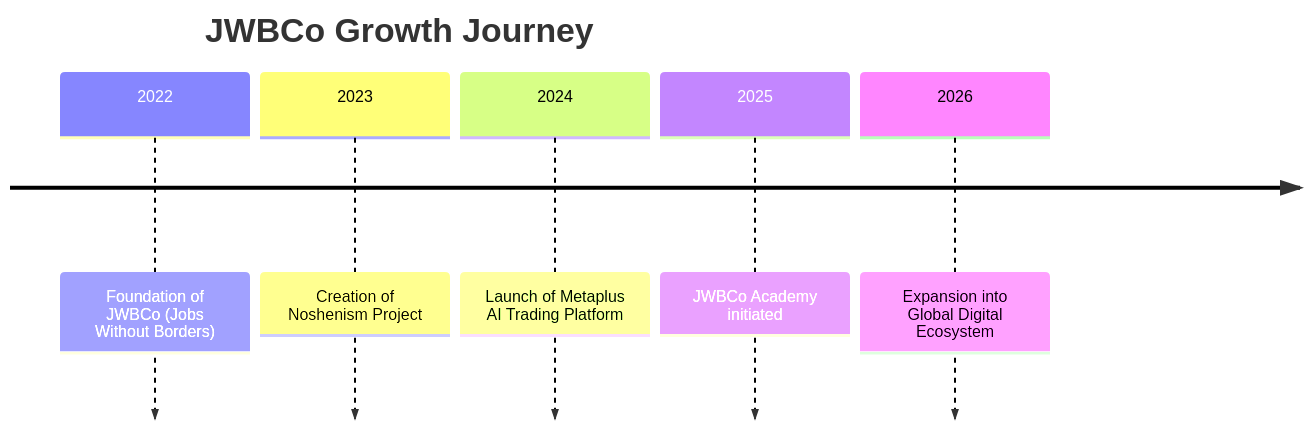
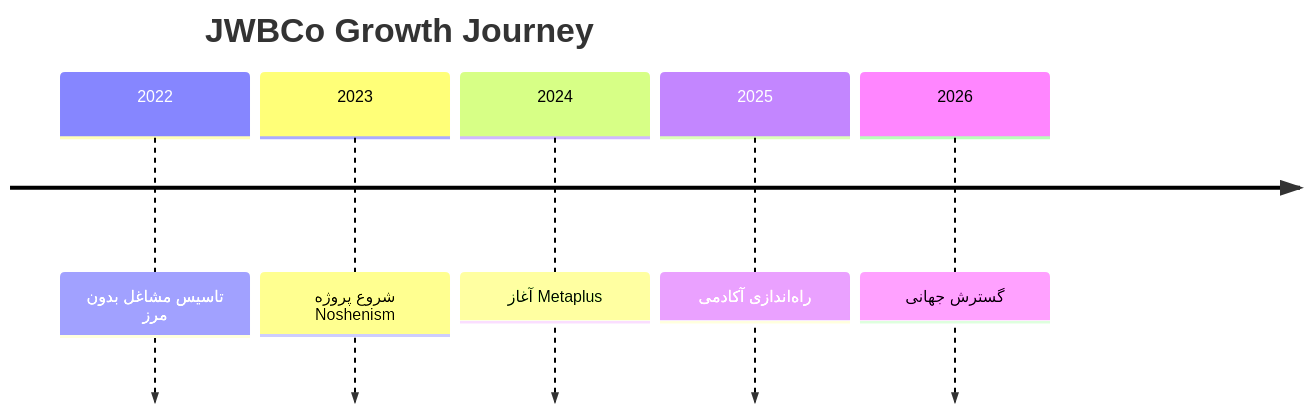
The diagram in README.md (dralirezaheyrani/JWBCompany), drawn with Mermaid before and after one commit. The commit also changed other lines of this file, not shown here.

````diff
--- a/README.md
+++ b/README.md
@@ -57,9 +133,9 @@
 ```mermaid
 timeline
     title JWBCo Growth Journey
-    2022 : Foundation of JWBCo (Jobs Without Borders)
-    2023 : Creation of Noshenism Project
-    2024 : Launch of Metaplus AI Trading Platform
-    2025 : JWBCo Academy initiated
-    2026 : Expansion into Global Digital Ecosystem
+    2022 : تاسیس مشاغل بدون مرز
+    2023 : شروع پروژه Noshenism
+    2024 : آغاز Metaplus
+    2025 : راه‌اندازی آکادمی
+    2026 : گسترش جهانی
 ```
````
